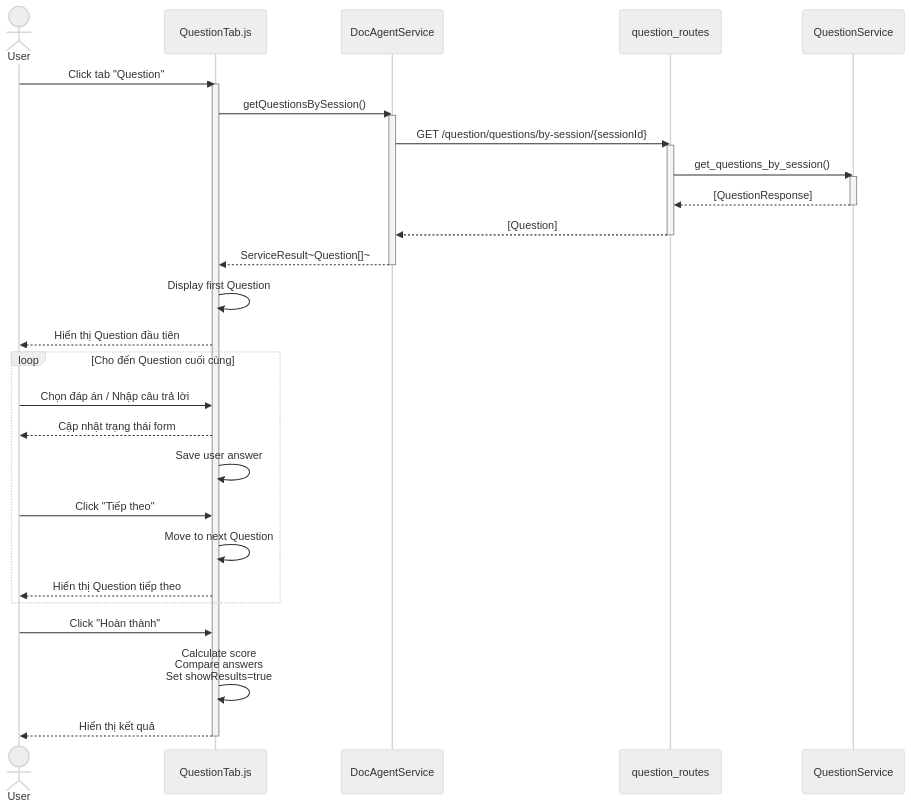
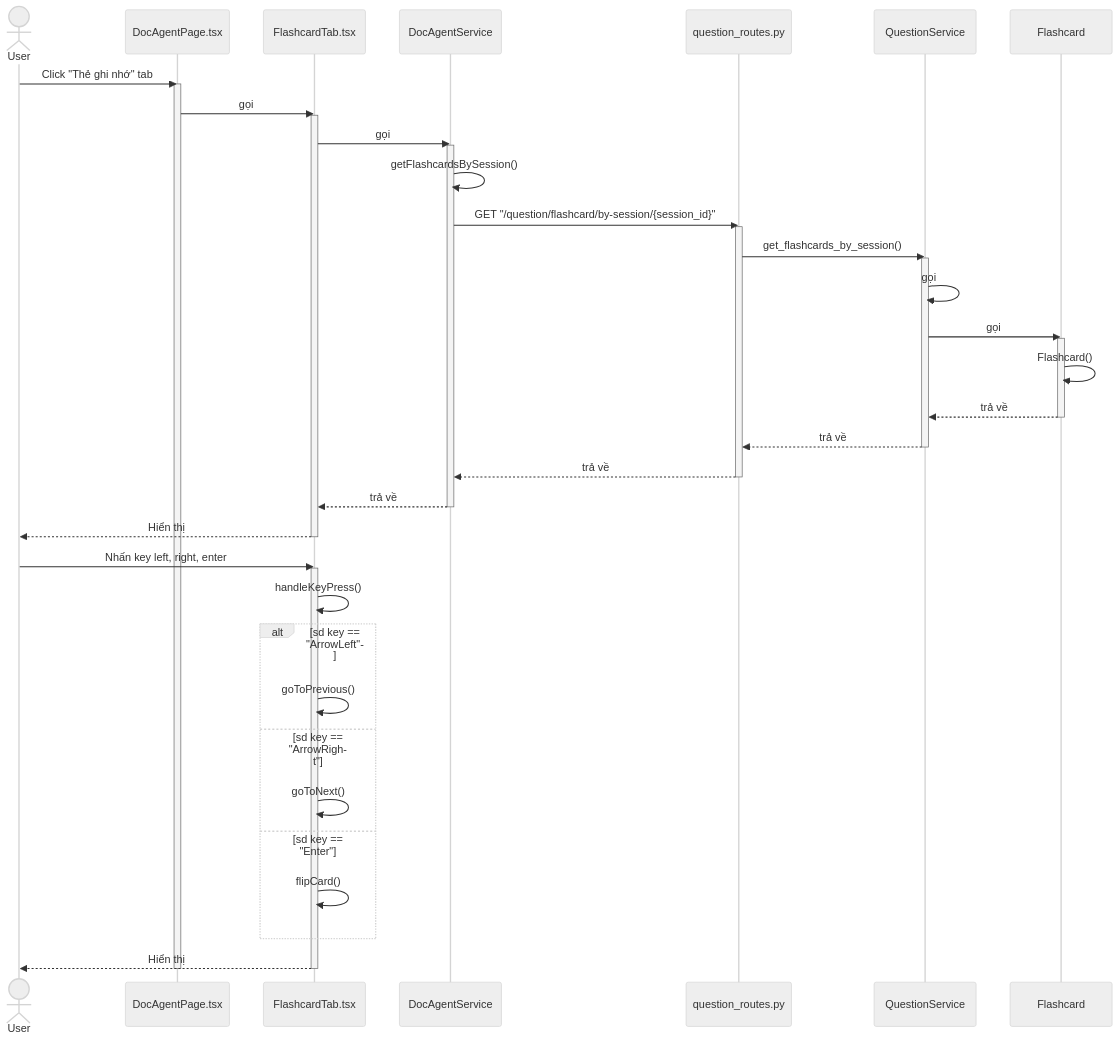
The fourth of 10 diagrams in question/4_question_management_seq.md (mduc-2610/gp_doc), drawn with Mermaid (neutral theme) before and after one commit. The commit also changed other lines of this file and 34 other files, not shown here.

````diff
--- a/question/4_question_management_seq.md
+++ b/question/4_question_management_seq.md
@@ -217,47 +172,63 @@
 ```mermaid
 sequenceDiagram
     actor User
-    participant QuestionTab as QuestionTab.js
+    participant DocAgentPage as DocAgentPage.tsx
+    participant FlashcardTab as FlashcardTab.tsx
     participant DocAgentService as DocAgentService
-    participant QuestionRoutes as question_routes
+    participant QuestionRoutes as question_routes.py
     participant QuestionService as QuestionService
+    participant Flashcard as Flashcard
 
-    User->>QuestionTab: Click tab "Question"
-    activate QuestionTab
+    User->>DocAgentPage: Click "Thẻ ghi nhớ" tab
+    activate DocAgentPage
     
-    QuestionTab->>DocAgentService: getQuestionsBySession()
+    DocAgentPage->>FlashcardTab: gọi
+    activate FlashcardTab
+    
+    FlashcardTab->>DocAgentService: gọi
     activate DocAgentService
     
-    DocAgentService->>QuestionRoutes: GET /question/questions/by-session/{sessionId}
+    DocAgentService->>DocAgentService: getFlashcardsBySession()
+    DocAgentService->>QuestionRoutes: GET "/question/flashcard/by-session/{session_id}"
     activate QuestionRoutes
     
-    QuestionRoutes->>QuestionService: get_questions_by_session()
+    QuestionRoutes->>QuestionService: get_flashcards_by_session()
     activate QuestionService
     
-    QuestionService-->>QuestionRoutes: [QuestionResponse]
+    QuestionService->>QuestionService: gọi
+    QuestionService->>Flashcard: gọi
+    activate Flashcard
+    
+    Flashcard->>Flashcard: Flashcard()
+    Flashcard-->>QuestionService: trả về
+    deactivate Flashcard
+    
+    QuestionService-->>QuestionRoutes: trả về
     deactivate QuestionService
     
-    QuestionRoutes-->>DocAgentService: [Question]
+    QuestionRoutes-->>DocAgentService: trả về
     deactivate QuestionRoutes
     
-    DocAgentService-->>QuestionTab: ServiceResult~Question[]~
+    DocAgentService-->>FlashcardTab: trả về
     deactivate DocAgentService
     
-    QuestionTab->>QuestionTab: Display first Question
-    QuestionTab-->>User: Hiển thị Question đầu tiên
+    FlashcardTab-->>User: Hiển thị
+    deactivate FlashcardTab
     
-    loop Cho đến Question cuối cùng
-        User->>QuestionTab: Chọn đáp án / Nhập câu trả lời
-        QuestionTab-->>User: Cập nhật trạng thái form
-        QuestionTab->>QuestionTab: Save user answer
-        
-        User->>QuestionTab: Click "Tiếp theo"
-        QuestionTab->>QuestionTab: Move to next Question
-        QuestionTab-->>User: Hiển thị Question tiếp theo
+    User->>FlashcardTab: Nhấn key left, right, enter
+    activate FlashcardTab
+    
+    FlashcardTab->>FlashcardTab: handleKeyPress()
+    
+    alt sd key == "ArrowLeft"
+        FlashcardTab->>FlashcardTab: goToPrevious()
+    else sd key == "ArrowRight"
+        FlashcardTab->>FlashcardTab: goToNext()
+    else sd key == "Enter"
+        FlashcardTab->>FlashcardTab: flipCard()
     end
     
-    User->>QuestionTab: Click "Hoàn thành"
-    QuestionTab->>QuestionTab: Calculate score<br/>Compare answers<br/>Set showResults=true
-    QuestionTab-->>User: Hiển thị kết quả
-    deactivate QuestionTab
+    FlashcardTab-->>User: Hiển thị
+    deactivate FlashcardTab
+    deactivate DocAgentPage
 ```
````
